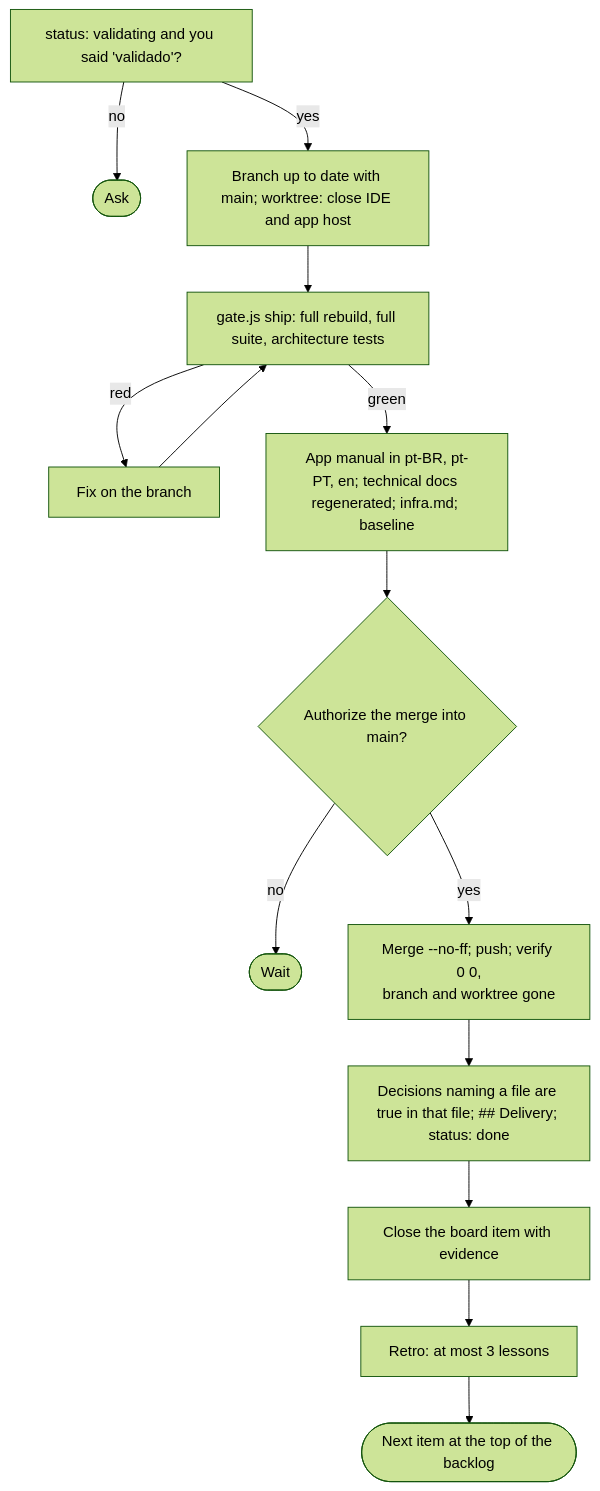
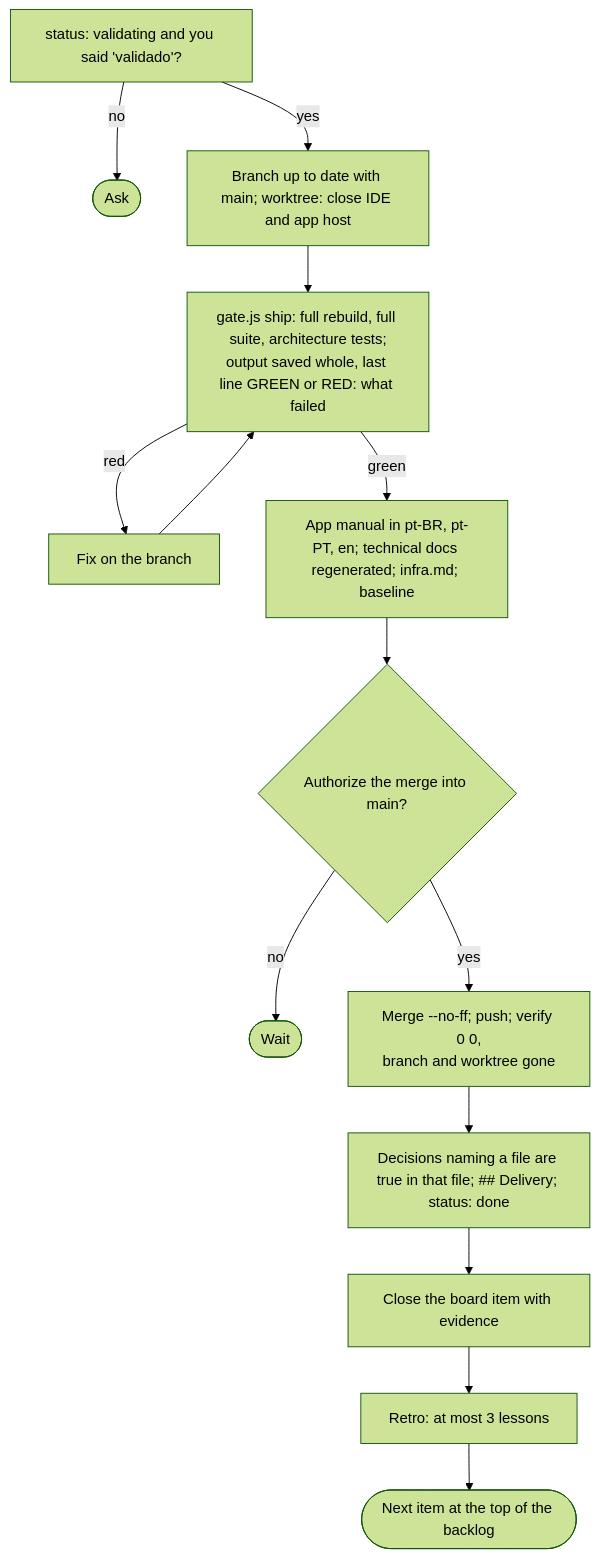
Diagram 11 of 15 in docs/agile/workflow.md (alexcanario/simulab), drawn with Mermaid (forest theme) before and after one commit. The commit also changed other lines of this file and 6 other files, not shown here.

````diff
--- a/docs/agile/workflow.md
+++ b/docs/agile/workflow.md
@@ -1015,16 +1047,16 @@
 ```mermaid
 flowchart TD
     A["status: validating and you said 'validado'?"] -->|no| A1(["Ask"])
     A -->|yes| B["Branch up to date with main; worktree: close IDE and app host"]
-    B --> C["gate.js ship: full rebuild, full suite, architecture tests"]
+    B --> C["gate.js ship: full rebuild, full suite, architecture tests;<br/>output saved whole, last line GREEN or RED: what failed"]
     C -->|red| C1["Fix on the branch"]
     C1 --> C
     C -->|green| D["App manual in pt-BR, pt-PT, en; technical docs regenerated; infra.md; baseline"]
     D --> E{"Authorize the merge into main?"}
     E -->|no| E1(["Wait"])
     E -->|yes| F["Merge --no-ff; push; verify 0 0,<br/>branch and worktree gone"]
     F --> G["Decisions naming a file are true in that file; ## Delivery; status: done"]
     G --> H["Close the board item with evidence"]
     H --> I["Retro: at most 3 lessons"]
     I --> J(["Next item at the top of the backlog"])
 ```
````
